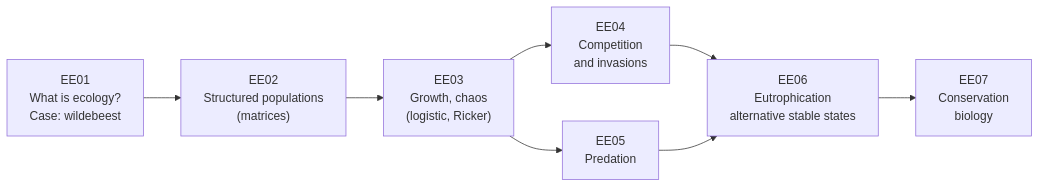
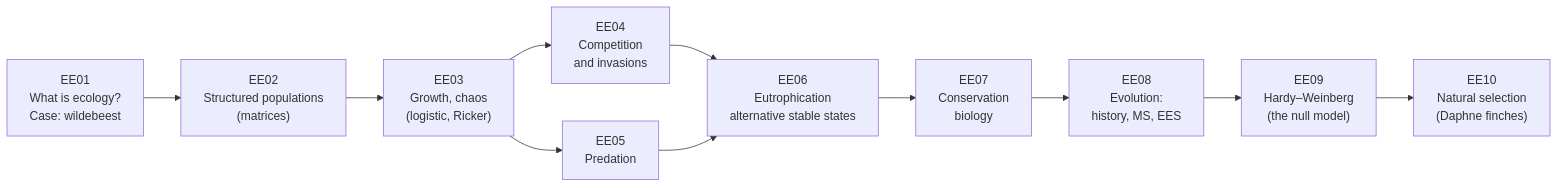
One commit to etswastik712/notes changed the diagram in 02-Eco-Evo/Ecology and Evolution - Course Map.md. Above: the diagram before and after it, drawn with Mermaid. The commit also changed other lines of this file and 1436 other files, not shown here.

````diff
--- a/02-Eco-Evo/Ecology and Evolution - Course Map.md
+++ b/02-Eco-Evo/Ecology and Evolution - Course Map.md
@@ -18,10 +18,13 @@
 ```mermaid
 flowchart LR
   A["EE01<br/>What is ecology?<br/>Case: wildebeest"] --> B["EE02<br/>Structured populations<br/>(matrices)"]
   B --> C["EE03<br/>Growth, chaos<br/>(logistic, Ricker)"]
   C --> D["EE04<br/>Competition<br/>and invasions"]
   C --> E["EE05<br/>Predation"]
   D --> F["EE06<br/>Eutrophication<br/>alternative stable states"]
   E --> F
   F --> G["EE07<br/>Conservation<br/>biology"]
+  G --> H["EE08<br/>Evolution:<br/>history, MS, EES"]
+  H --> I["EE09<br/>Hardy–Weinberg<br/>(the null model)"]
+  I --> J["EE10<br/>Natural selection<br/>(Daphne finches)"]
 ```
````
